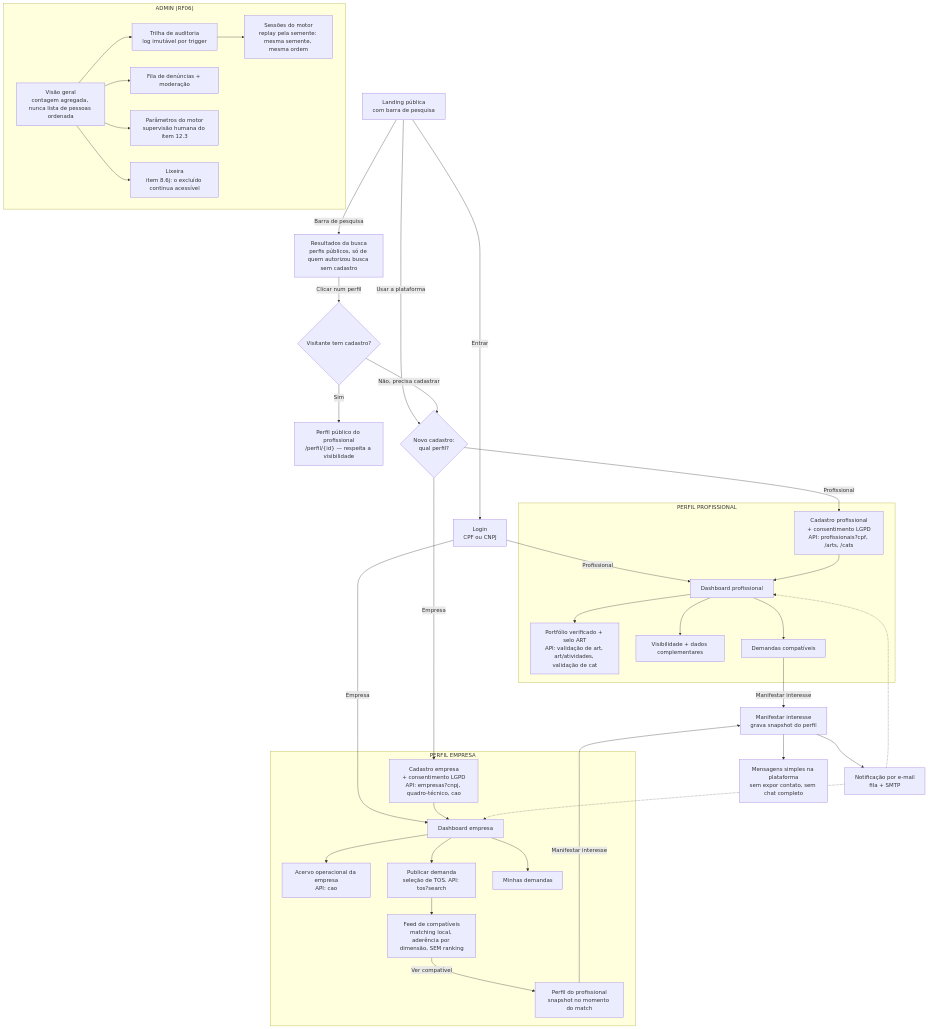
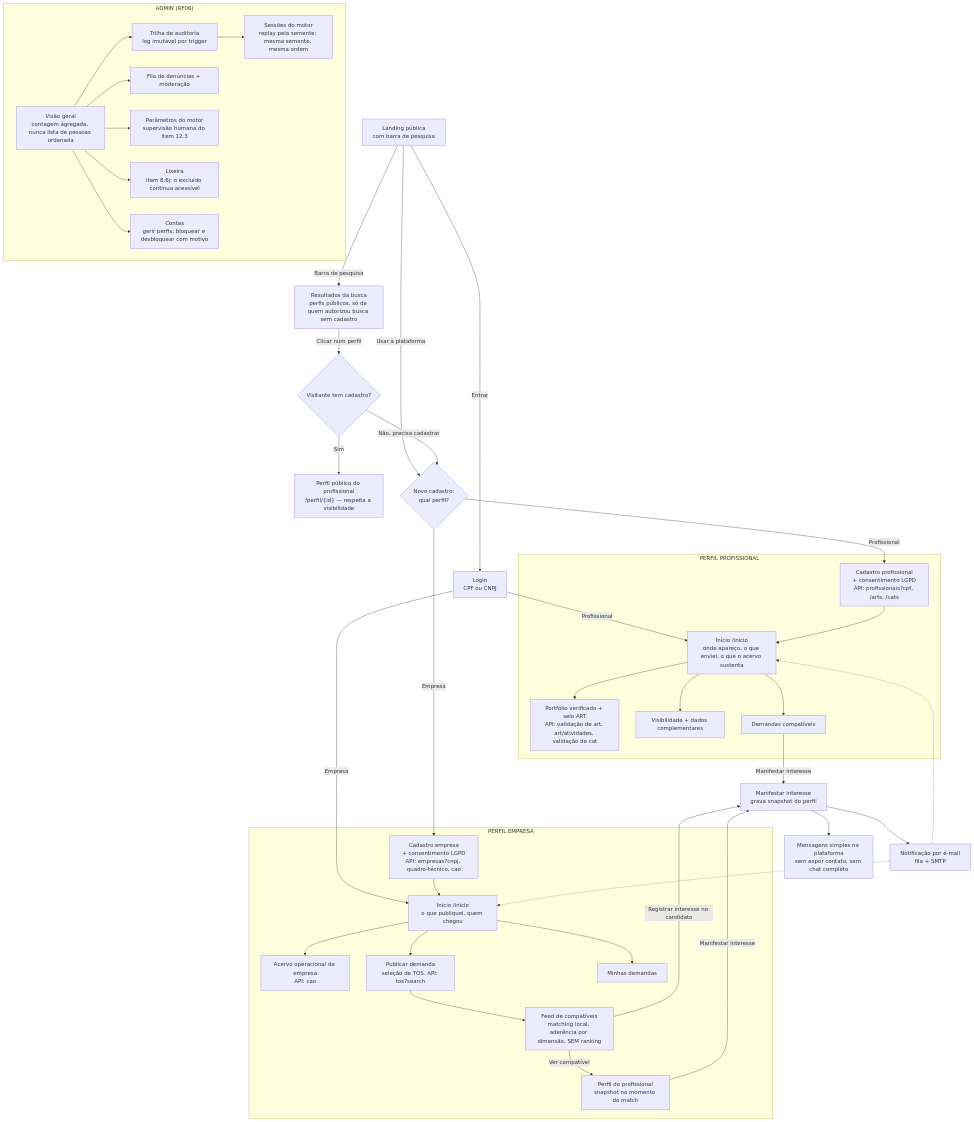
One commit to gabrielcortezspr/Pro-link-4951 changed the diagram in docs/fluxos.md. Above: the diagram before and after it, drawn with Mermaid. The commit also changed other lines of this file and 3 other files, not shown here.

````diff
--- a/docs/fluxos.md
+++ b/docs/fluxos.md
@@ -9,73 +9,76 @@
 ```mermaid
 flowchart TD
   LAND["Landing pública<br/>com barra de pesquisa"]
   RESULTS["Resultados da busca<br/>perfis públicos, só de quem autorizou busca sem cadastro"]
   GATEC{"Visitante tem cadastro?"}
   PERFC["Perfil público do profissional<br/>/perfil/{id} — respeita a visibilidade"]
   LOGIN["Login<br/>CPF ou CNPJ"]
   ESC{"Novo cadastro:<br/>qual perfil?"}
 
   LAND -->|Entrar| LOGIN
   LAND -->|Usar a plataforma| ESC
   LAND -->|Barra de pesquisa| RESULTS
   RESULTS -->|Clicar num perfil| GATEC
   GATEC -->|Sim| PERFC
   GATEC -->|Não, precisa cadastrar| ESC
   LOGIN -->|Profissional| DASHP
   LOGIN -->|Empresa| DASHE
   ESC -->|Profissional| CADP
   ESC -->|Empresa| CADE
 
   subgraph PROF["PERFIL PROFISSIONAL"]
     CADP["Cadastro profissional<br/>+ consentimento LGPD<br/>API: profissionais?cpf, /arts, /cats"]
-    DASHP["Dashboard profissional"]
+    DASHP["Início /inicio<br/>onde apareço, o que enviei, o que o acervo sustenta"]
     PORT["Portfólio verificado + selo ART<br/>API: validação de art, art/atividades, validação de cat"]
     VISP["Visibilidade + dados complementares"]
     FEEDP["Demandas compatíveis"]
     CADP --> DASHP
     DASHP --> PORT
     DASHP --> VISP
     DASHP --> FEEDP
   end
 
   subgraph EMP["PERFIL EMPRESA"]
     CADE["Cadastro empresa<br/>+ consentimento LGPD<br/>API: empresas?cnpj, quadro-técnico, cao"]
-    DASHE["Dashboard empresa"]
+    DASHE["Início /inicio<br/>o que publiquei, quem chegou"]
     PERFE["Acervo operacional da empresa<br/>API: cao"]
     PUBD["Publicar demanda<br/>seleção de TOS. API: tos?search"]
     MIND["Minhas demandas"]
     FEEDE["Feed de compatíveis<br/>matching local, aderência por dimensão, SEM ranking"]
     PERFV["Perfil do profissional<br/>snapshot no momento do match"]
     CADE --> DASHE
     DASHE --> PERFE
     DASHE --> PUBD
     DASHE --> MIND
     PUBD --> FEEDE
     FEEDE -->|Ver compatível| PERFV
   end
 
   FEEDP -->|Manifestar interesse| MANIF
   PERFV -->|Manifestar interesse| MANIF
+  FEEDE -->|Registrar interesse no candidato| MANIF
 
   MANIF["Manifestar interesse<br/>grava snapshot do perfil"]
   COMM["Mensagens simples na plataforma<br/>sem expor contato, sem chat completo"]
   NOTIF["Notificação por e-mail<br/>fila + SMTP"]
   MANIF --> COMM
   MANIF --> NOTIF
   NOTIF -.-> DASHP
   NOTIF -.-> DASHE
 
   subgraph ADMG["ADMIN (RF06)"]
     ADM["Visão geral<br/>contagem agregada, nunca lista de pessoas ordenada"]
     AUD["Trilha de auditoria<br/>log imutável por trigger"]
     SESS["Sessões do motor<br/>replay pela semente: mesma semente, mesma ordem"]
     DEN["Fila de denúncias + moderação"]
     PARAM["Parâmetros do motor<br/>supervisão humana do item 12.3"]
     LIX["Lixeira<br/>item 8.6j: o excluído continua acessível"]
+    CONTAS["Contas<br/>gerir perfis: bloquear e desbloquear com motivo"]
     ADM --> AUD
     AUD --> SESS
     ADM --> DEN
     ADM --> PARAM
     ADM --> LIX
+    ADM --> CONTAS
   end
 ```
````
